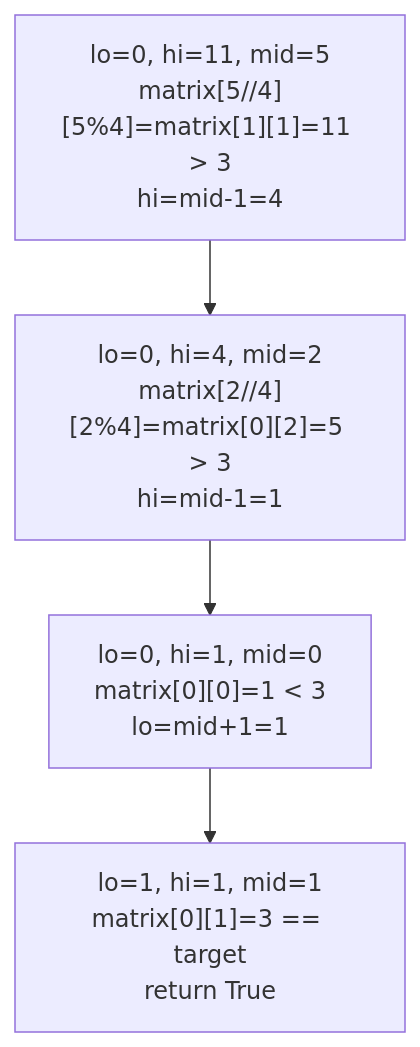
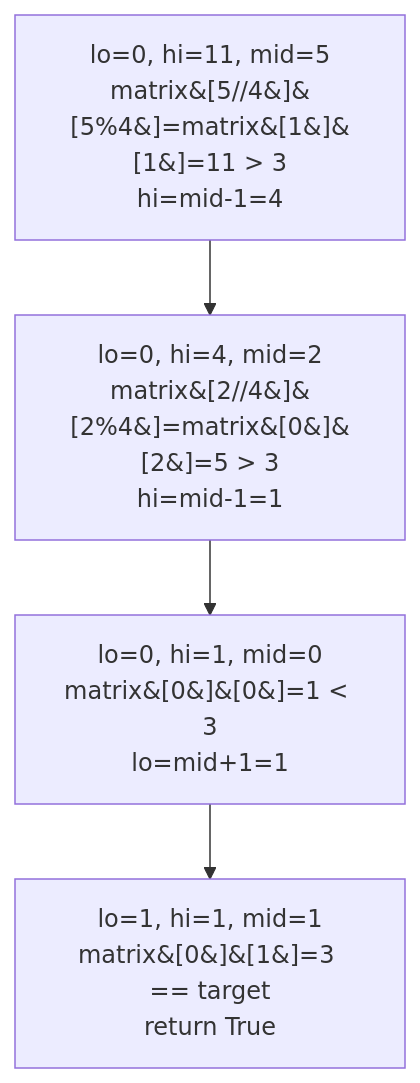
Before and after one commit to Aryan-Jadon18/dsa-placement-prep: the diagram in topics/05-binary-search/02-search-a-2d-matrix/README.md, drawn with Mermaid. The commit also changed 52 other files, not shown here.

First line of the commit message:
Fix Mermaid diagrams not rendering on GitHub

````diff
--- a/topics/05-binary-search/02-search-a-2d-matrix/README.md
+++ b/topics/05-binary-search/02-search-a-2d-matrix/README.md
@@ -48,6 +48,6 @@
 ```mermaid
 flowchart TD
-    A["lo=0, hi=11, mid=5<br/>matrix[5//4][5%4]=matrix[1][1]=11 > 3<br/>hi=mid-1=4"] --> B["lo=0, hi=4, mid=2<br/>matrix[2//4][2%4]=matrix[0][2]=5 > 3<br/>hi=mid-1=1"]
-    B --> C["lo=0, hi=1, mid=0<br/>matrix[0][0]=1 < 3<br/>lo=mid+1=1"]
-    C --> D["lo=1, hi=1, mid=1<br/>matrix[0][1]=3 == target<br/>return True"]
+    A["lo=0, hi=11, mid=5<br/>matrix&#91;5//4&#93;&#91;5%4&#93;=matrix&#91;1&#93;&#91;1&#93;=11 > 3<br/>hi=mid-1=4"] --> B["lo=0, hi=4, mid=2<br/>matrix&#91;2//4&#93;&#91;2%4&#93;=matrix&#91;0&#93;&#91;2&#93;=5 > 3<br/>hi=mid-1=1"]
+    B --> C["lo=0, hi=1, mid=0<br/>matrix&#91;0&#93;&#91;0&#93;=1 < 3<br/>lo=mid+1=1"]
+    C --> D["lo=1, hi=1, mid=1<br/>matrix&#91;0&#93;&#91;1&#93;=3 == target<br/>return True"]
 ```
````
